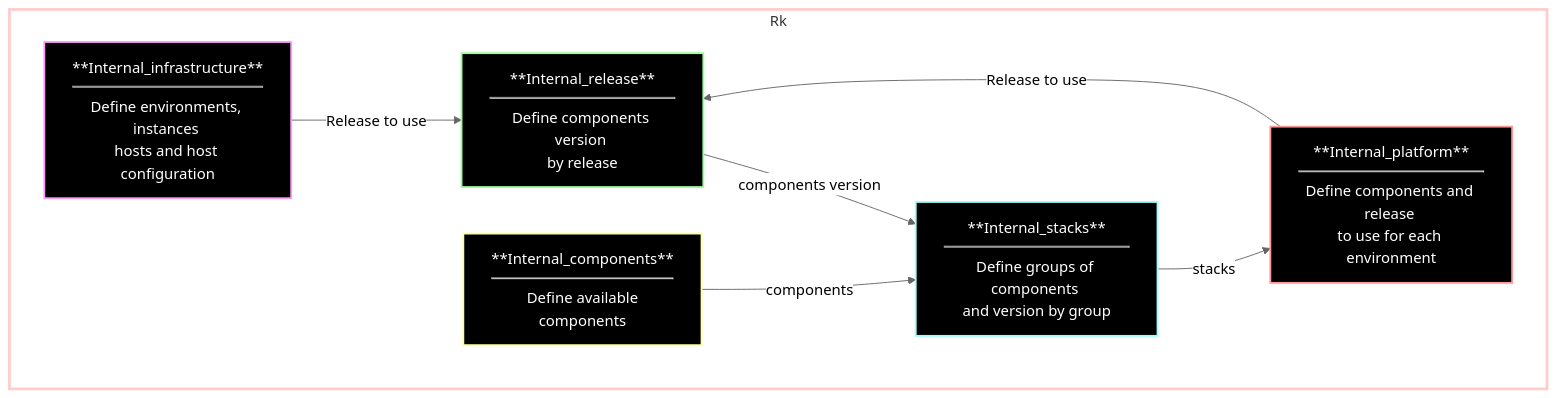
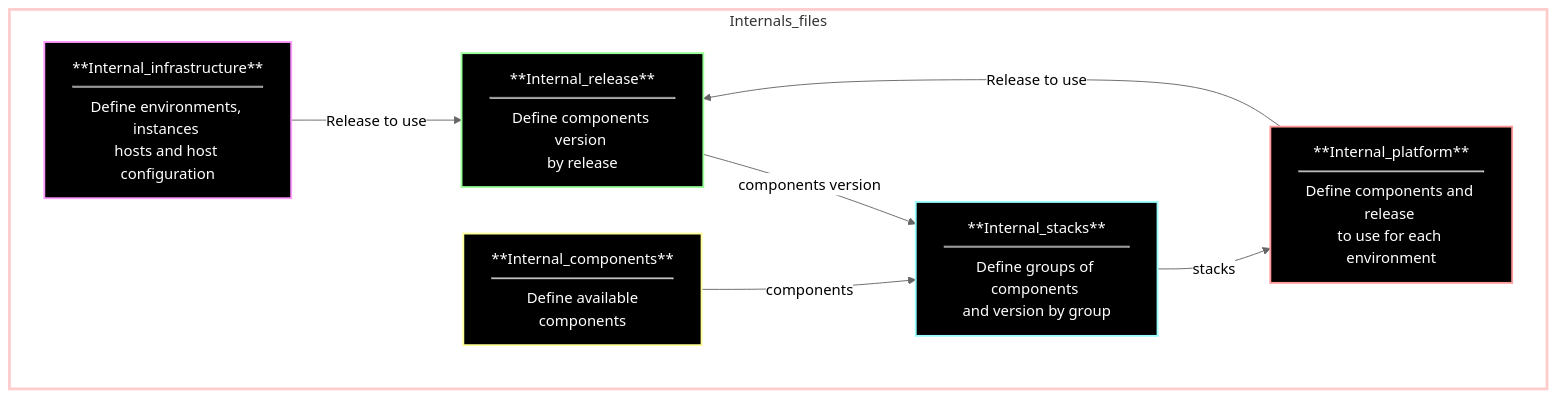
One commit to SavaiRavikiran/Monitoring_With_Prometheus-Grafana changed the first of 39 diagrams in Markdown1.md. Above: the diagram before and after it, drawn with Mermaid (neutral theme).

````diff
--- a/Markdown1.md
+++ b/Markdown1.md
@@ -2,18 +2,18 @@
 ```mermaid
 graph TD;
-  subgraph Rk
-    style Rk fill:transparent, stroke:#ffcccc, stroke-width:3px, stroke-dasharray: 0;
+  subgraph Internals_files
+    style Internals_files fill:transparent, stroke:#ffcccc, stroke-width:3px, stroke-dasharray: 0;
     
     style A fill:#000, stroke:#f9f, stroke-width:2px, stroke-dasharray: 0, color:#fff;
     style B fill:#000, stroke:#9f9, stroke-width:2px, stroke-dasharray: 0, color:#fff;
     style C fill:#000, stroke:#ff9, stroke-width:2px, stroke-dasharray: 0, color:#fff;
     style D fill:#000, stroke:#9ff, stroke-width:2px, stroke-dasharray: 0, color:#fff;
     style E fill:#000, stroke:#f99, stroke-width:2px, stroke-dasharray: 0, color:#fff;
   
     A["**Internal_infrastructure**<br/><hr style='margin-top: 8px; margin-bottom: 8px;'/>Define environments, instances <br/>hosts and host configuration"] -->|Release to use| B["**Internal_release**<br/><hr style='margin-top: 8px; margin-bottom: 8px;'/>Define components version <br/>by release"];
     B -->|components version| D["**Internal_stacks**<br/><hr style='margin-top: 8px; margin-bottom: 8px;'/>Define groups of components <br/>and version by group"];
     D -->|stacks| E["**Internal_platform**<br/><hr style='margin-top: 8px; margin-bottom: 8px;'/>Define components and release <br/>to use for each environment"];
     E -->|Release to use| B;
     C["**Internal_components**<br/><hr style='margin-top: 8px; margin-bottom: 8px;'/>Define available<br/> components"] -->|components| D;
   end;
 ```
````
